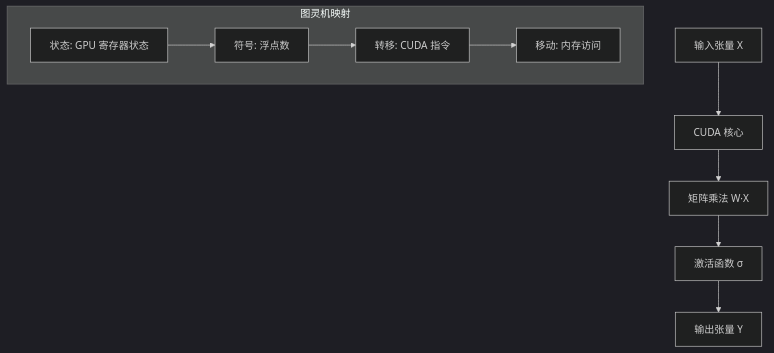
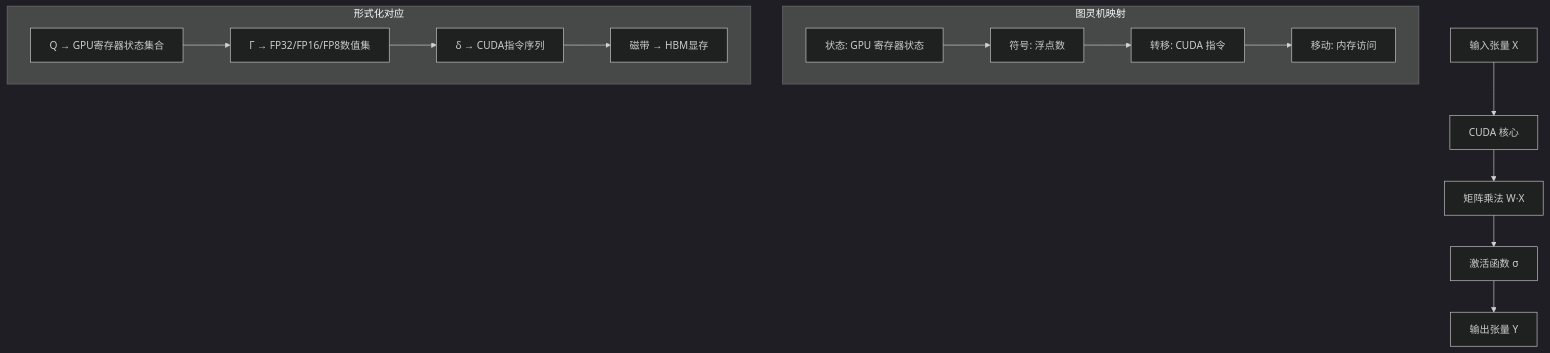
The second of 3 diagrams in concepts/01-AI三层模型架构/01.1.1-图灵机抽象与可计算性理论.md (AdaMartin18010/FormalAI), drawn with Mermaid (dark theme) before and after one commit. The commit also changed other lines of this file and 126 other files, not shown here.

````diff
--- a/concepts/01-AI三层模型架构/01.1.1-图灵机抽象与可计算性理论.md
+++ b/concepts/01-AI三层模型架构/01.1.1-图灵机抽象与可计算性理论.md
@@ -102,13 +171,19 @@
 ```mermaid
 graph TB
     A[输入张量 X] --> B[CUDA 核心]
     B --> C[矩阵乘法 W·X]
     C --> D[激活函数 σ]
     D --> E[输出张量 Y]
 
     subgraph 图灵机映射
         F[状态: GPU 寄存器状态] --> G[符号: 浮点数]
         G --> H[转移: CUDA 指令]
         H --> I[移动: 内存访问]
     end
+
+    subgraph 形式化对应
+        J[Q → GPU寄存器状态集合] --> K[Γ → FP32/FP16/FP8数值集]
+        K --> L[δ → CUDA指令序列]
+        L --> M[磁带 → HBM显存]
+    end
 ```
````
